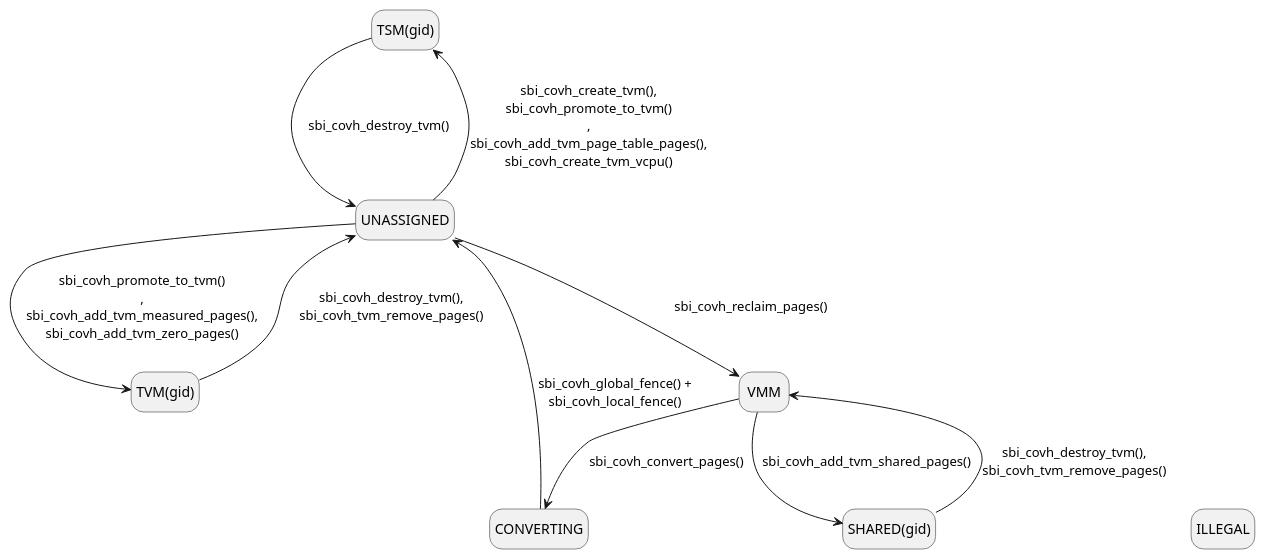
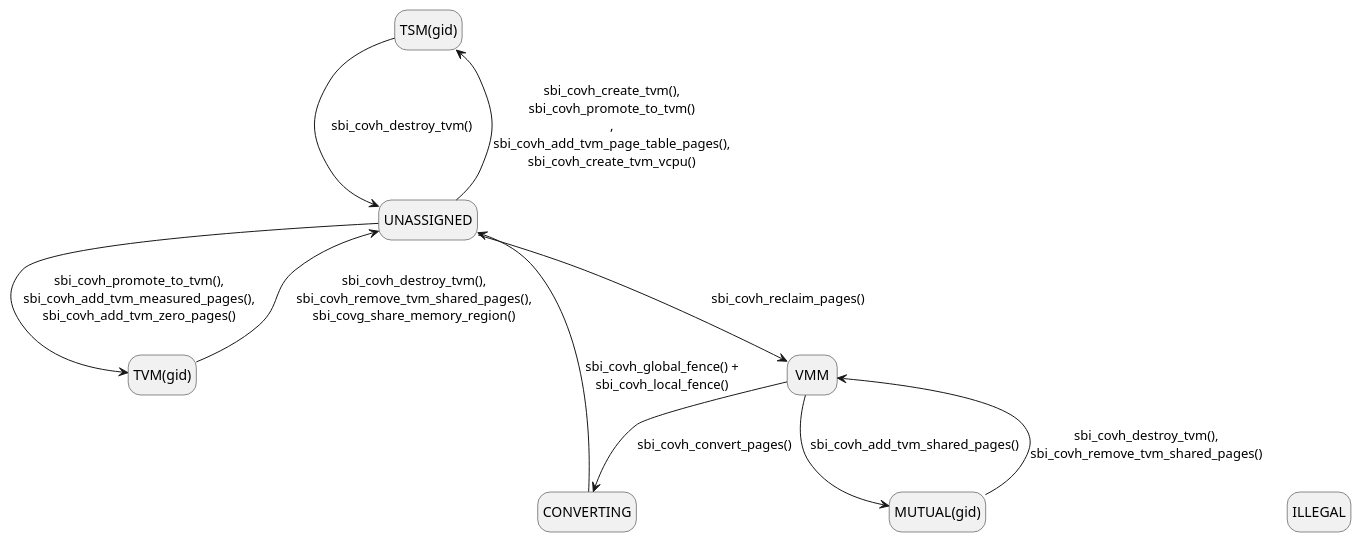
The first of 5 diagrams in src/sbi_cove.adoc (riscv-non-isa/riscv-ap-tee), drawn with PlantUML before and after one commit. The commit also changed other lines of this file, not shown here.

First line of the commit message:
sbi_cove: simplify sharing flows

```diff
--- a/src/sbi_cove.adoc
+++ b/src/sbi_cove.adoc
@@ -189,20 +185,20 @@
 [plantuml]
 ....
 @startuml
 hide empty description
 state "TSM(gid)" as TSM_GID
 state "TVM(gid)" as TVM_GID
-state "SHARED(gid)" as SHARED_GID
+state "MUTUAL(gid)" as MUTUAL_GID
 state ILLEGAL
 VMM        --> CONVERTING : sbi_covh_convert_pages()
 CONVERTING --> UNASSIGNED : sbi_covh_global_fence() +\nsbi_covh_local_fence()
 UNASSIGNED --> VMM        : sbi_covh_reclaim_pages()
 UNASSIGNED --> TSM_GID    : sbi_covh_create_tvm(),\nsbi_covh_promote_to_tvm()\n,\nsbi_covh_add_tvm_page_table_pages(),\nsbi_covh_create_tvm_vcpu()
-UNASSIGNED --> TVM_GID    : sbi_covh_promote_to_tvm()\n,\nsbi_covh_add_tvm_measured_pages(),\nsbi_covh_add_tvm_zero_pages()
-VMM        --> SHARED_GID : sbi_covh_add_tvm_shared_pages()
-TVM_GID    --> UNASSIGNED : sbi_covh_destroy_tvm(),\nsbi_covh_tvm_remove_pages()
+UNASSIGNED --> TVM_GID    : sbi_covh_promote_to_tvm(),\nsbi_covh_add_tvm_measured_pages(),\nsbi_covh_add_tvm_zero_pages()
+VMM        --> MUTUAL_GID : sbi_covh_add_tvm_shared_pages()
+TVM_GID    --> UNASSIGNED : sbi_covh_destroy_tvm(),\nsbi_covh_remove_tvm_shared_pages(),\nsbi_covg_share_memory_region()
 TSM_GID    --> UNASSIGNED : sbi_covh_destroy_tvm()
-SHARED_GID --> VMM        : sbi_covh_destroy_tvm(),\nsbi_covh_tvm_remove_pages()
+MUTUAL_GID --> VMM        : sbi_covh_destroy_tvm(),\nsbi_covh_remove_tvm_shared_pages()
 VMM -[hidden]-> ILLEGAL
 @enduml
 ....
```
